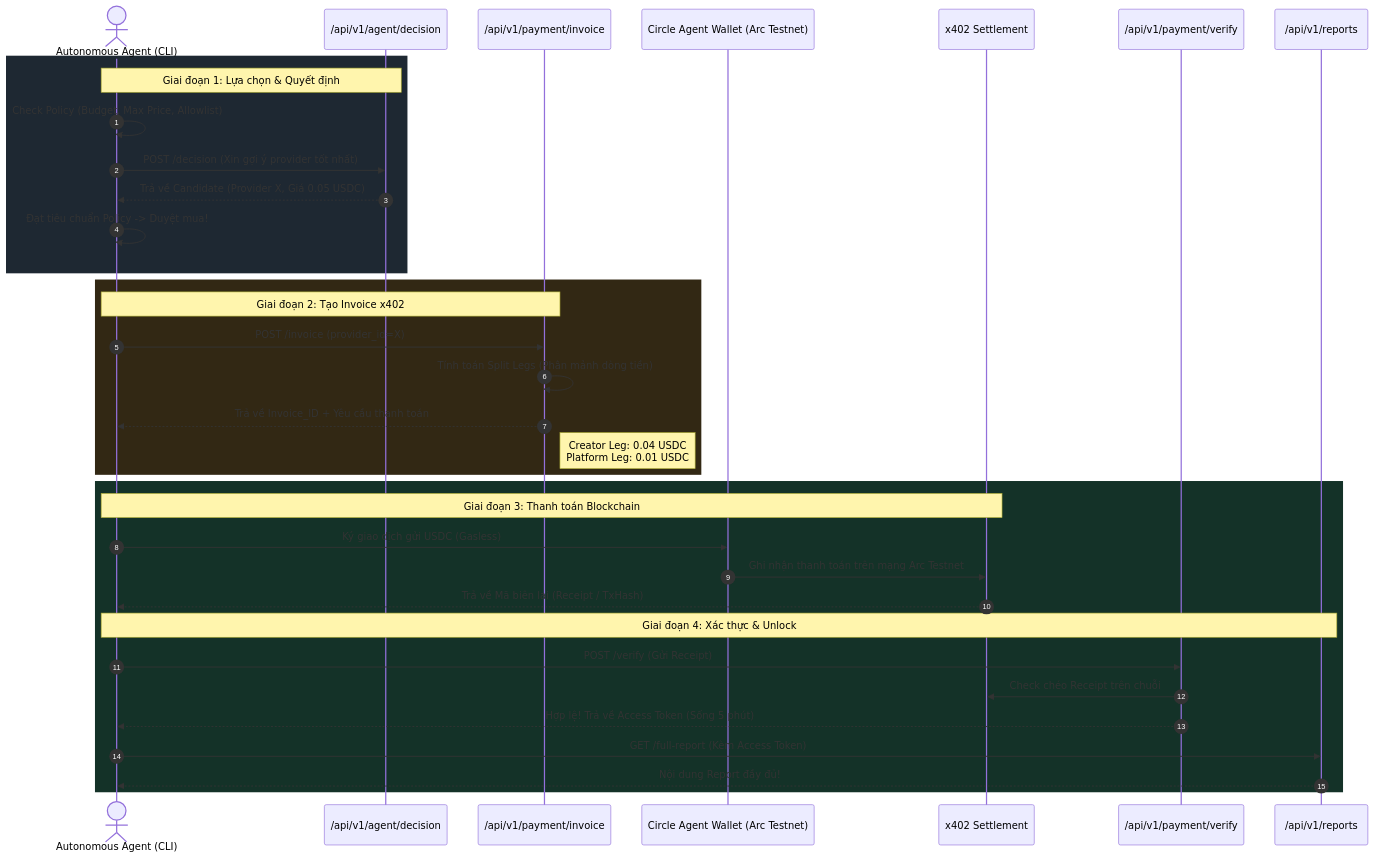
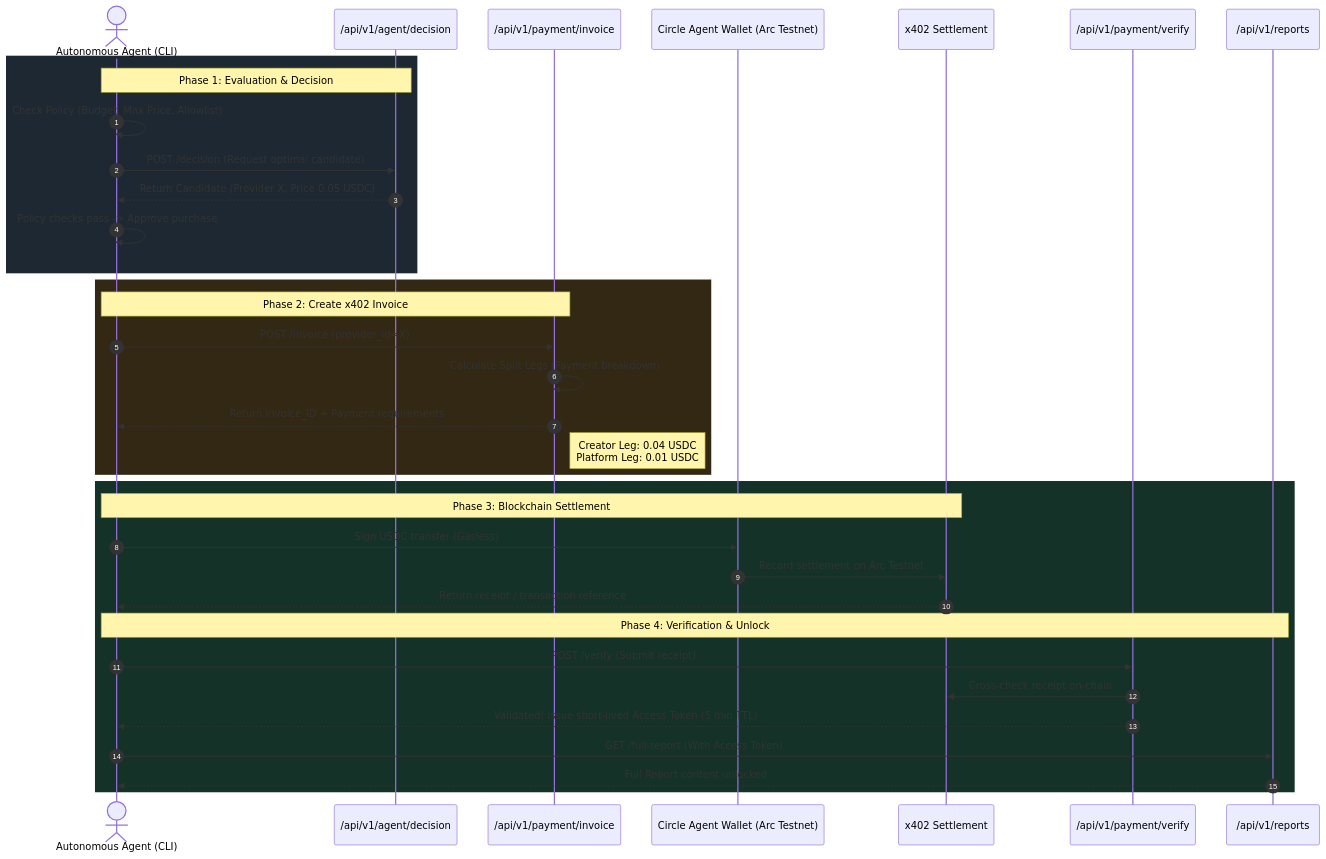
Before and after one commit to hoanlv214/qma: the second of 2 diagrams in docs/architecture/QMA_SYSTEM_FLOWS.md, drawn with Mermaid. The commit also changed other lines of this file and 39 other files, not shown here.

Commit message:
feat: implement agent wallet session management and add extensive documentation for system architecture, data flows, and audit logs.

````diff
--- a/docs/architecture/QMA_SYSTEM_FLOWS.md
+++ b/docs/architecture/QMA_SYSTEM_FLOWS.md
@@ -70,45 +70,45 @@
 ```mermaid
 sequenceDiagram
     autonumber
     actor Agent as Autonomous Agent (CLI)
     participant Decision as /api/v1/agent/decision
     participant Invoice as /api/v1/payment/invoice
     participant Circle as Circle Agent Wallet (Arc Testnet)
     participant Gateway as x402 Settlement
     participant Verify as /api/v1/payment/verify
     participant Report as /api/v1/reports
 
-    %% Quyết định mua
+    %% Decision Phase
     rect rgb(30, 40, 50)
-    Note over Agent, Decision: Giai đoạn 1: Lựa chọn & Quyết định
+    Note over Agent, Decision: Phase 1: Evaluation & Decision
     Agent->>Agent: Check Policy (Budget, Max Price, Allowlist)
-    Agent->>Decision: POST /decision (Xin gợi ý provider tốt nhất)
-    Decision-->>Agent: Trả về Candidate (Provider X, Giá 0.05 USDC)
-    Agent->>Agent: Đạt tiêu chuẩn Policy -> Duyệt mua!
+    Agent->>Decision: POST /decision (Request optimal candidate)
+    Decision-->>Agent: Return Candidate (Provider X, Price 0.05 USDC)
+    Agent->>Agent: Policy checks pass -> Approve purchase
     end
 
-    %% Xin Invoice
+    %% Invoice Phase
     rect rgb(50, 40, 20)
-    Note over Agent, Invoice: Giai đoạn 2: Tạo Invoice x402
+    Note over Agent, Invoice: Phase 2: Create x402 Invoice
     Agent->>Invoice: POST /invoice (provider_id=X)
-    Invoice->>Invoice: Tính toán Split Legs (Phân mảnh dòng tiền)
-    Invoice-->>Agent: Trả về Invoice_ID + Yêu cầu thanh toán
+    Invoice->>Invoice: Calculate Split Legs (Payment breakdown)
+    Invoice-->>Agent: Return Invoice_ID + Payment requirements
     Note right of Invoice: Creator Leg: 0.04 USDC<br/>Platform Leg: 0.01 USDC
     end
 
-    %% Thanh toán & Lấy báo cáo
+    %% Blockchain Settlement & Unlock
     rect rgb(20, 50, 40)
-    Note over Agent, Gateway: Giai đoạn 3: Thanh toán Blockchain
-    Agent->>Circle: Ký giao dịch gửi USDC (Gasless)
-    Circle->>Gateway: Ghi nhận thanh toán trên mạng Arc Testnet
-    Gateway-->>Agent: Trả về Mã biên lai (Receipt / TxHash)
+    Note over Agent, Gateway: Phase 3: Blockchain Settlement
+    Agent->>Circle: Sign USDC transfer (Gasless)
+    Circle->>Gateway: Record settlement on Arc Testnet
+    Gateway-->>Agent: Return receipt / transaction reference
 
-    Note over Agent, Report: Giai đoạn 4: Xác thực & Unlock
-    Agent->>Verify: POST /verify (Gửi Receipt)
-    Verify->>Gateway: Check chéo Receipt trên chuỗi
-    Verify-->>Agent: Hợp lệ! Trả về Access Token (Sống 5 phút)
+    Note over Agent, Report: Phase 4: Verification & Unlock
+    Agent->>Verify: POST /verify (Submit receipt)
+    Verify->>Gateway: Cross-check receipt on-chain
+    Verify-->>Agent: Validated! Issue short-lived Access Token (5 min TTL)
     
-    Agent->>Report: GET /full-report (Kèm Access Token)
-    Report-->>Agent: Nội dung Report đầy đủ!
+    Agent->>Report: GET /full-report (With Access Token)
+    Report-->>Agent: Full Report content unlocked
     end
 ```
````
